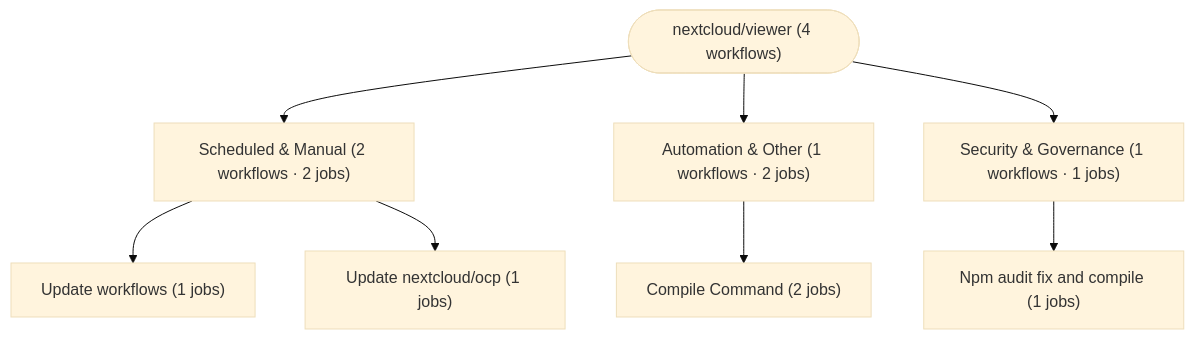
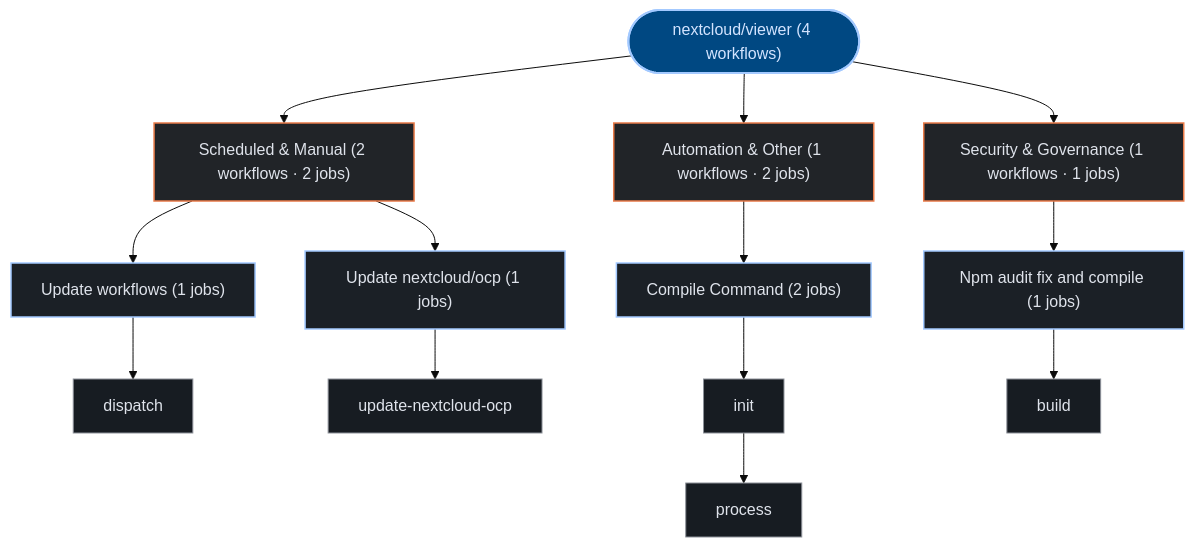
One commit to kumarshaz/atruss-code-atlas changed the diagram in exports/latest/reports/nextcloud-viewer-report.md. Above: the diagram before and after it, drawn with Mermaid (base theme). The commit also changed 331 other files, not shown here.

Commit message:
docs,ui,fix: update SDLC docs, reorder CI/CD DAG first, stylize Mermaid, and fix Arc42 pipeline topology

````diff
--- a/exports/latest/reports/nextcloud-viewer-report.md
+++ b/exports/latest/reports/nextcloud-viewer-report.md
@@ -49,18 +49,35 @@
 ```mermaid
 graph TD;
-  pipeline_root(["nextcloud/viewer (4 workflows)"])
-  grp_0_Scheduled___Manual["Scheduled & Manual (2 workflows · 2 jobs)"]
+  classDef atlasRoot fill:#004882,stroke:#a3c9ff,stroke-width:2px,color:#d3e4ff
+  classDef atlasCategory fill:#212428,stroke:#E87A48,stroke-width:1.5px,color:#dfe3eb
+  classDef atlasWorkflow fill:#1b2026,stroke:#a3c9ff,stroke-width:1.5px,color:#dfe3eb
+  classDef atlasJob fill:#171c22,stroke:#8d9199,stroke-width:1px,color:#dfe3eb
+  classDef atlasTarget fill:#005227,stroke:#8bd99b,stroke-width:1.5px,color:#a7f6b6
+  classDef atlasAlert fill:#93000a,stroke:#ffb4ab,stroke-width:1.5px,color:#ffdad6
+  classDef atlasMore fill:#252a31,stroke:#8d9199,stroke-dasharray:4 4,color:#c3c6cf
+  pipeline_root(["nextcloud/viewer (4 workflows)"]):::atlasRoot
+  grp_0_Scheduled___Manual["Scheduled & Manual (2 workflows · 2 jobs)"]:::atlasCategory
   pipeline_root --> grp_0_Scheduled___Manual
-  wf_2_Update_workflows["Update workflows (1 jobs)"]
+  wf_2_Update_workflows["Update workflows (1 jobs)"]:::atlasWorkflow
   grp_0_Scheduled___Manual --> wf_2_Update_workflows
-  wf_3_Update_nextcloud_ocp["Update nextcloud/ocp (1 jobs)"]
+  job_2_dispatch["dispatch"]:::atlasJob
+  wf_2_Update_workflows --> job_2_dispatch
+  wf_3_Update_nextcloud_ocp["Update nextcloud/ocp (1 jobs)"]:::atlasWorkflow
   grp_0_Scheduled___Manual --> wf_3_Update_nextcloud_ocp
-  grp_1_Automation___Other["Automation & Other (1 workflows · 2 jobs)"]
+  job_3_update_nextcloud_ocp["update-nextcloud-ocp"]:::atlasJob
+  wf_3_Update_nextcloud_ocp --> job_3_update_nextcloud_ocp
+  grp_1_Automation___Other["Automation & Other (1 workflows · 2 jobs)"]:::atlasCategory
   pipeline_root --> grp_1_Automation___Other
-  wf_0_Compile_Command["Compile Command (2 jobs)"]
+  wf_0_Compile_Command["Compile Command (2 jobs)"]:::atlasWorkflow
   grp_1_Automation___Other --> wf_0_Compile_Command
-  grp_2_Security___Governance["Security & Governance (1 workflows · 1 jobs)"]
+  job_0_init["init"]:::atlasJob
+  job_0_process["process"]:::atlasJob
+  wf_0_Compile_Command --> job_0_init
+  job_0_init --> job_0_process
+  grp_2_Security___Governance["Security & Governance (1 workflows · 1 jobs)"]:::atlasCategory
   pipeline_root --> grp_2_Security___Governance
-  wf_1_Npm_audit_fix_and_compile["Npm audit fix and compile (1 jobs)"]
+  wf_1_Npm_audit_fix_and_compile["Npm audit fix and compile (1 jobs)"]:::atlasWorkflow
   grp_2_Security___Governance --> wf_1_Npm_audit_fix_and_compile
+  job_1_build["build"]:::atlasJob
+  wf_1_Npm_audit_fix_and_compile --> job_1_build
 ```
````
